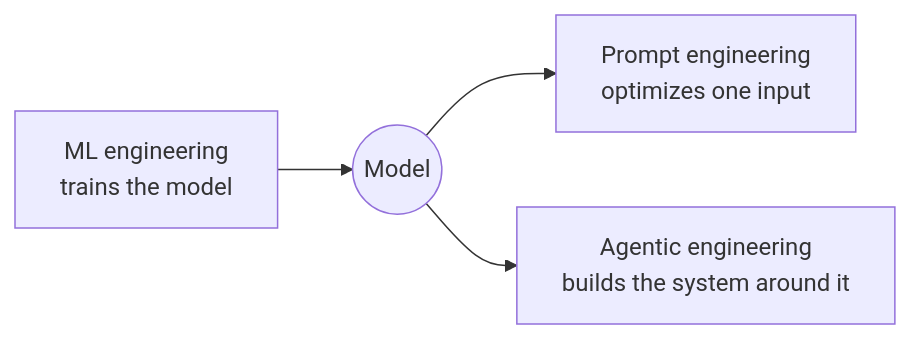
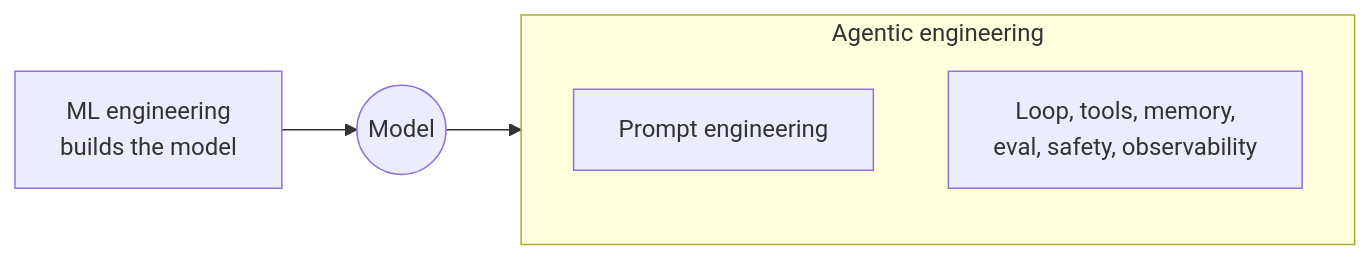
One commit to averagejoeslab/agenteng changed the first of 9 diagrams in agentic-engineering/lessons/00-what-is-agentic-engineering/README.md. Above: the diagram before and after it, drawn with Mermaid. The commit also changed other lines of this file, not shown here.

First line of the commit message:
docs(lesson 0): sharpen definition + positioning of agentic engineering

````diff
--- a/agentic-engineering/lessons/00-what-is-agentic-engineering/README.md
+++ b/agentic-engineering/lessons/00-what-is-agentic-engineering/README.md
@@ -11,6 +18,9 @@
 ```mermaid
 flowchart LR
-    ML[ML engineering<br/>trains the model] --> Model((Model))
-    Model --> PE[Prompt engineering<br/>optimizes one input]
-    Model --> AE[Agentic engineering<br/>builds the system around it]
+    MLE[ML engineering<br/>builds the model] --> Model((Model))
+    Model --> AE
+    subgraph AE["Agentic engineering"]
+        PE[Prompt engineering]
+        Rest[Loop, tools, memory,<br/>eval, safety, observability]
+    end
 ```
````
